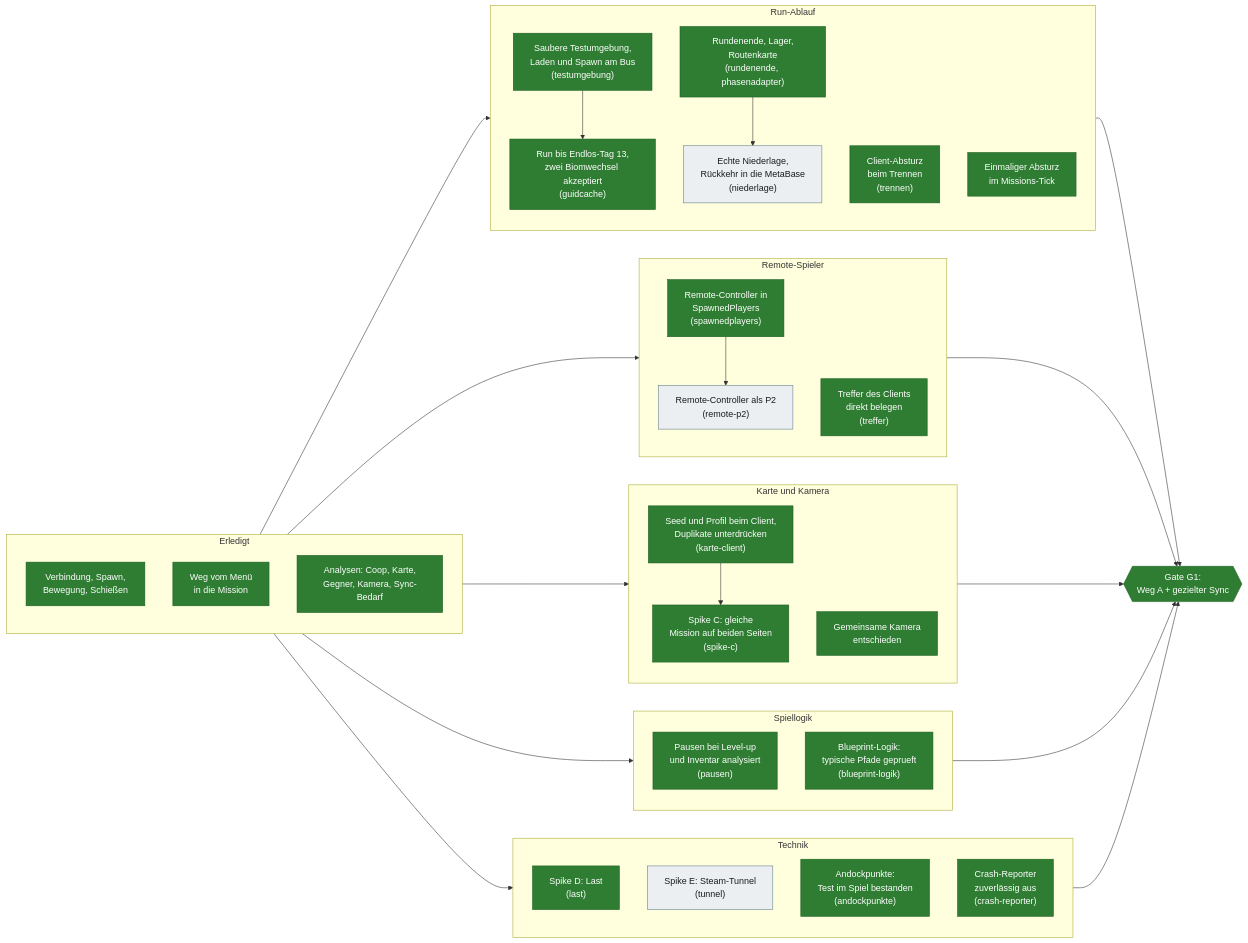
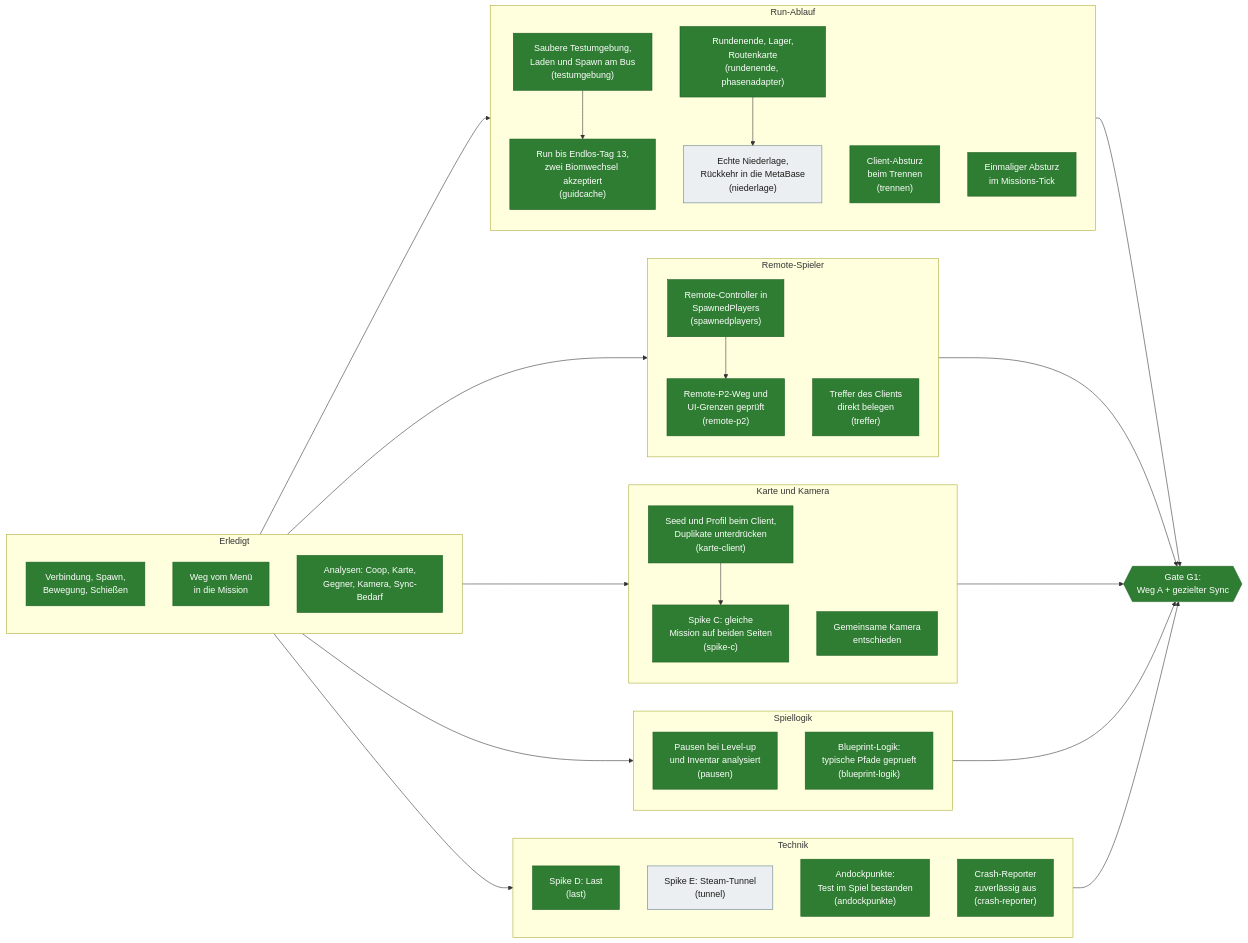
One commit to VitaminStack/Deadly-Days-Roadtrip-Multiplayer-Mod changed the second of 4 diagrams in docs/ROADMAP.md. Above: the diagram before and after it, drawn with Mermaid. The commit also changed other lines of this file and 16 other files, not shown here.

Commit message:
remote-p2: native P2-Anbindung und lokale UI-Grenzen belegen

````diff
--- a/docs/ROADMAP.md
+++ b/docs/ROADMAP.md
@@ -80,66 +81,66 @@
 ```mermaid
 flowchart LR
     subgraph BASIS["Erledigt"]
         A1["Verbindung, Spawn,<br/>Bewegung, Schießen"]:::done
         A2["Weg vom Menü<br/>in die Mission"]:::done
         A3["Analysen: Coop, Karte,<br/>Gegner, Kamera, Sync-Bedarf"]:::done
     end
 
     subgraph RUN["Run-Ablauf"]
         TE["Saubere Testumgebung,<br/>Laden und Spawn am Bus<br/>(testumgebung)"]:::done
         T3["Run bis Endlos-Tag 13,<br/>zwei Biomwechsel akzeptiert<br/>(guidcache)"]:::done
         TE --> T3
         RE["Rundenende, Lager,<br/>Routenkarte<br/>(rundenende, phasenadapter)"]:::done
         NI["Echte Niederlage,<br/>Rückkehr in die MetaBase<br/>(niederlage)"]:::open
         TR["Client-Absturz<br/>beim Trennen<br/>(trennen)"]:::done
         MT["Einmaliger Absturz<br/>im Missions-Tick"]:::done
         RE --> NI
     end
 
     subgraph SPIELER["Remote-Spieler"]
         SP["Remote-Controller in<br/>SpawnedPlayers<br/>(spawnedplayers)"]:::done
-        RP["Remote-Controller als P2<br/>(remote-p2)"]:::open
+        RP["Remote-P2-Weg und<br/>UI-Grenzen geprüft<br/>(remote-p2)"]:::done
         TF["Treffer des Clients<br/>direkt belegen<br/>(treffer)"]:::done
         SP --> RP
     end
 
     subgraph WELT["Karte und Kamera"]
         KC["Seed und Profil beim Client,<br/>Duplikate unterdrücken<br/>(karte-client)"]:::done
         SC["Spike C: gleiche<br/>Mission auf beiden Seiten<br/>(spike-c)"]:::done
         KE["Gemeinsame Kamera<br/>entschieden"]:::done
         KC --> SC
     end
 
     subgraph LOGIK["Spiellogik"]
         PA["Pausen bei Level-up<br/>und Inventar analysiert<br/>(pausen)"]:::done
         BP["Blueprint-Logik:<br/>typische Pfade geprueft<br/>(blueprint-logik)"]:::done
     end
 
     subgraph TECHNIK["Technik"]
         LA["Spike D: Last<br/>(last)"]:::done
         TU["Spike E: Steam-Tunnel<br/>(tunnel)"]:::open
         AP["Andockpunkte:<br/>Test im Spiel bestanden<br/>(andockpunkte)"]:::done
         CR["Crash-Reporter<br/>zuverlässig aus<br/>(crash-reporter)"]:::done
     end
 
     BASIS --> RUN
     BASIS --> SPIELER
     BASIS --> WELT
     BASIS --> LOGIK
     BASIS --> TECHNIK
 
     RUN --> G1
     SPIELER --> G1
     WELT --> G1
     LOGIK --> G1
     TECHNIK --> G1
 
     G1{{"Gate G1:<br/>Weg A + gezielter Sync"}}:::done
 
     classDef done fill:#2e7d32,stroke:#1b5e20,color:#ffffff
     classDef wip fill:#f9a825,stroke:#b27a00,color:#1a1a1a
     classDef open fill:#eceff1,stroke:#607d8b,color:#1a1a1a
     classDef blocker fill:#c62828,stroke:#7f1d1d,color:#ffffff
     classDef decision fill:#ef6c00,stroke:#a34800,color:#ffffff
     classDef gate fill:#6a1b9a,stroke:#3e1163,color:#ffffff
 ```
````
